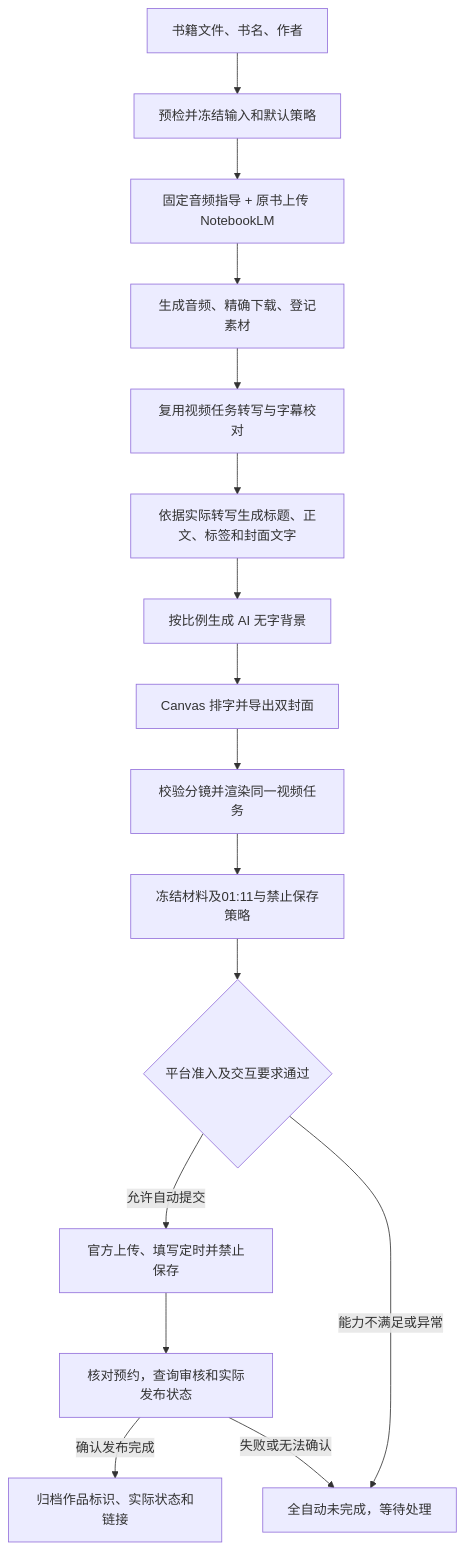
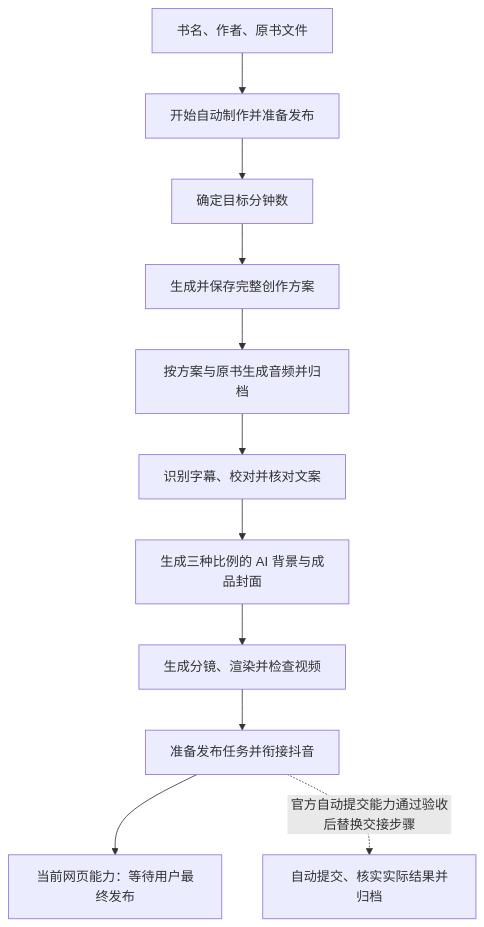
The diagram in docs/BOOK-TO-DOUYIN-AUTOMATION-PLAN.md (Darkerhao/shuyin-ai), drawn with Mermaid before and after one commit. The commit also changed other lines of this file and 28 other files, not shown here.

````diff
--- a/docs/BOOK-TO-DOUYIN-AUTOMATION-PLAN.md
+++ b/docs/BOOK-TO-DOUYIN-AUTOMATION-PLAN.md
@@ -184,18 +15,13 @@
 ```mermaid
 flowchart TD
-    A[书籍文件、书名、作者] --> B[预检并冻结输入和默认策略]
-    B --> C[固定音频指导 + 原书上传 NotebookLM]
-    C --> D[生成音频、精确下载、登记素材]
-    D --> E[复用视频任务转写与字幕校对]
-    E --> F[依据实际转写生成标题、正文、标签和封面文字]
-    F --> BG[按比例生成 AI 无字背景]
-    BG --> G[Canvas 排字并导出双封面]
-    G --> H[校验分镜并渲染同一视频任务]
-    H --> I[冻结材料及01:11与禁止保存策略]
-    I --> J{平台准入及交互要求通过}
-    J -->|允许自动提交| K[官方上传、填写定时并禁止保存]
-    J -->|能力不满足或异常| W[全自动未完成，等待处理]
-    K --> L[核对预约，查询审核和实际发布状态]
-    L -->|确认发布完成| M[归档作品标识、实际状态和链接]
-    L -->|失败或无法确认| W
+    A[书名、作者、原书文件] --> B[开始自动制作并准备发布]
+    B --> C[确定目标分钟数]
+    C --> D[生成并保存完整创作方案]
+    D --> E[按方案与原书生成音频并归档]
+    E --> F[识别字幕、校对并核对文案]
+    F --> G[生成三种比例的 AI 背景与成品封面]
+    G --> H[生成分镜、渲染并检查视频]
+    H --> I[准备发布任务并衔接抖音]
+    I --> J[当前网页能力：等待用户最终发布]
+    I -. 官方自动提交能力通过验收后替换交接步骤 .-> K[自动提交、核实实际结果并归档]
 ```
````
